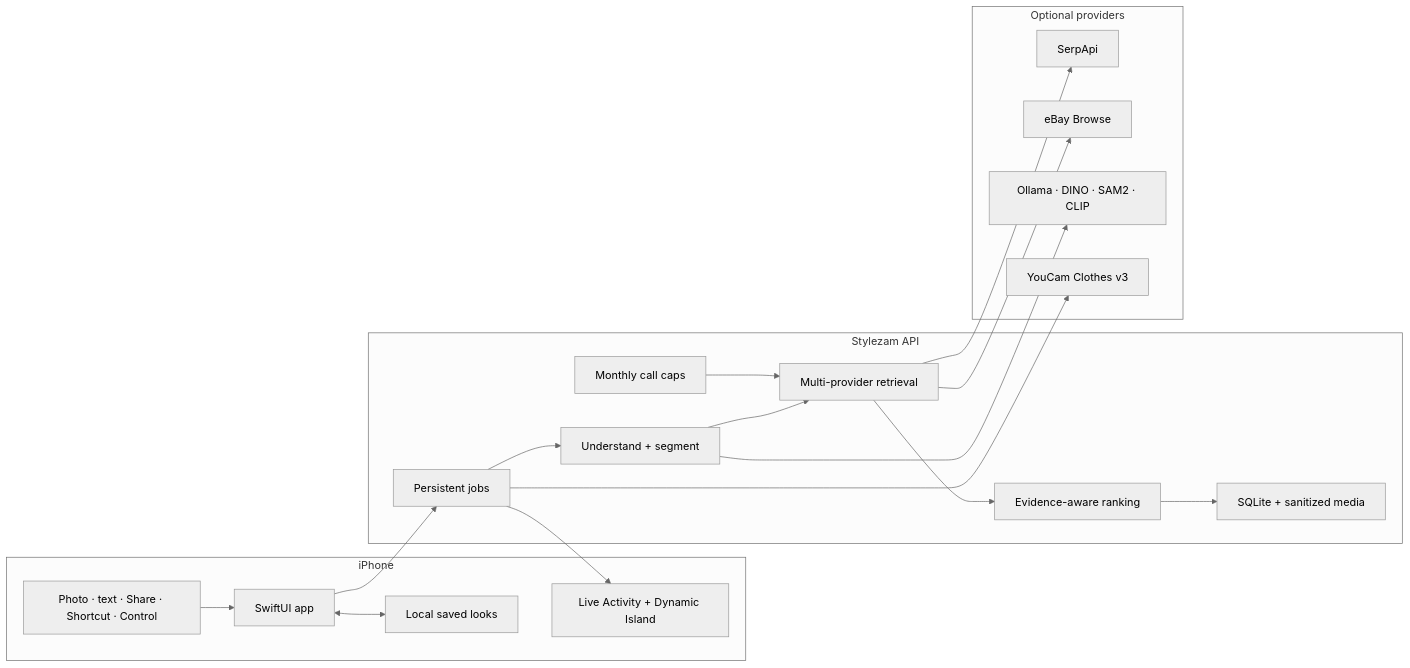
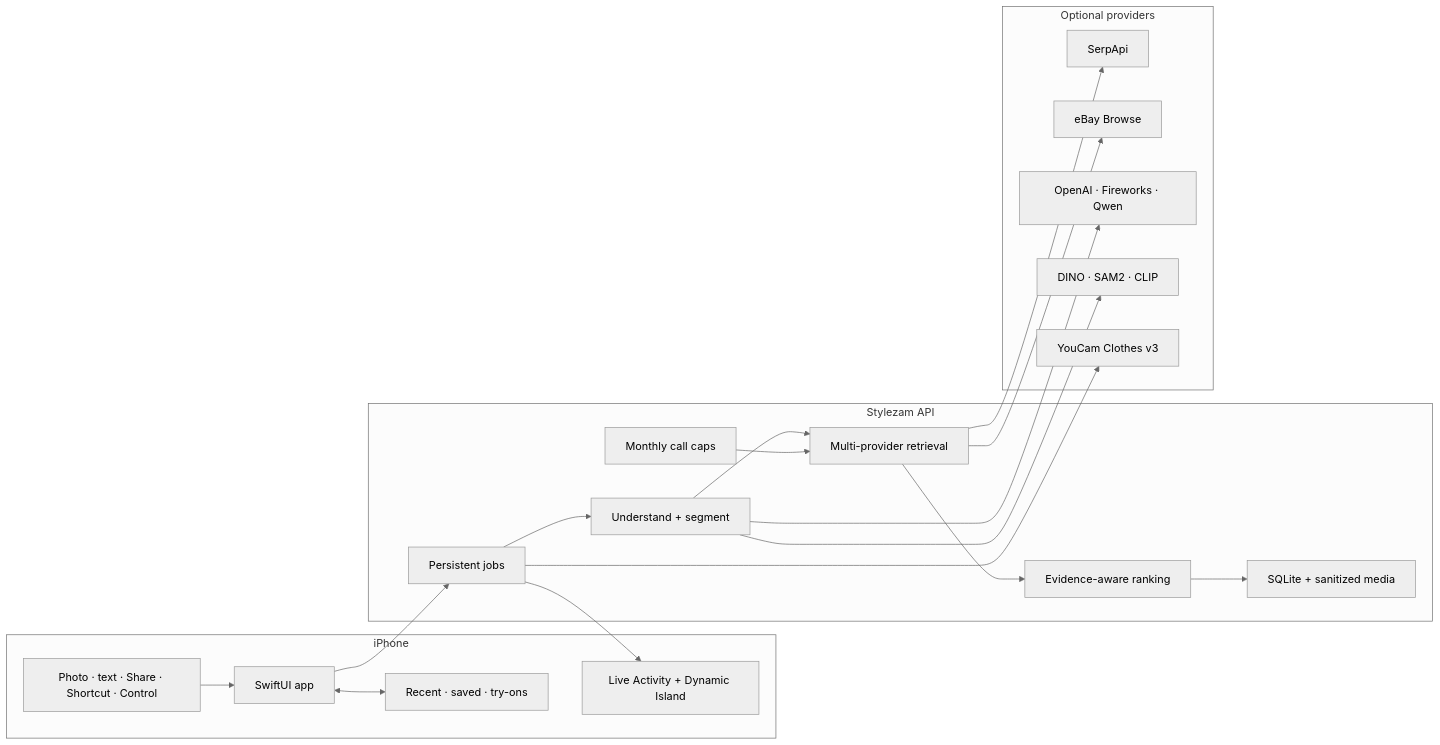
The diagram in README.md (meowshmalloww/Stylezam), drawn with Mermaid (neutral theme) before and after one commit. The commit also changed other lines of this file and 35 other files, not shown here.

````diff
--- a/README.md
+++ b/README.md
@@ -65,35 +71,37 @@
 ```mermaid
 flowchart LR
     subgraph Phone["iPhone"]
         Input["Photo · text · Share · Shortcut · Control"]
         App["SwiftUI app"]
         Activity["Live Activity + Dynamic Island"]
-        Library["Local saved looks"]
+        Library["Recent · saved · try-ons"]
     end
 
     subgraph Service["Stylezam API"]
         Jobs["Persistent jobs"]
         Vision["Understand + segment"]
         Search["Multi-provider retrieval"]
         Rank["Evidence-aware ranking"]
         Store["SQLite + sanitized media"]
         Limits["Monthly call caps"]
     end
 
     subgraph Providers["Optional providers"]
         Serp["SerpApi"]
         Ebay["eBay Browse"]
-        Local["Ollama · DINO · SAM2 · CLIP"]
+        Hosted["OpenAI · Fireworks · Qwen"]
+        Local["DINO · SAM2 · CLIP"]
         YouCam["YouCam Clothes v3"]
     end
 
     Input --> App --> Jobs
     Jobs --> Activity
     Jobs --> Vision --> Search --> Rank --> Store
     Limits --> Search
+    Vision --> Hosted
     Vision --> Local
     Search --> Serp
     Search --> Ebay
     Jobs --> YouCam
     App <--> Library
 ```
````
